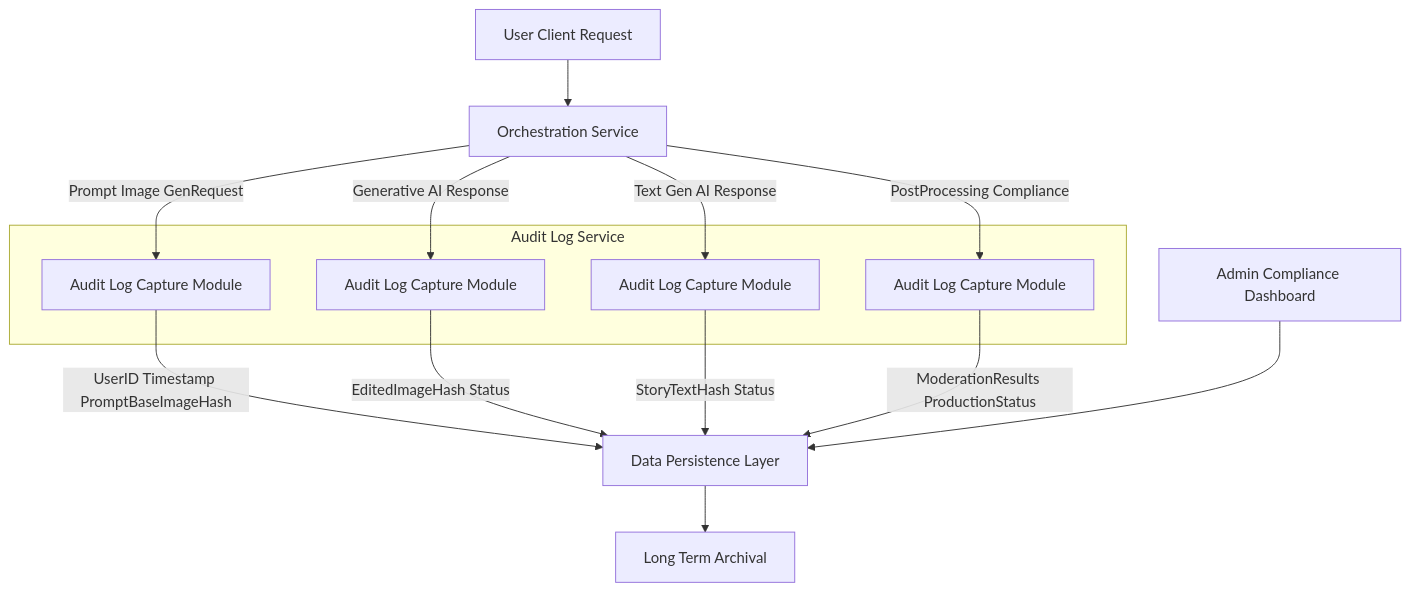
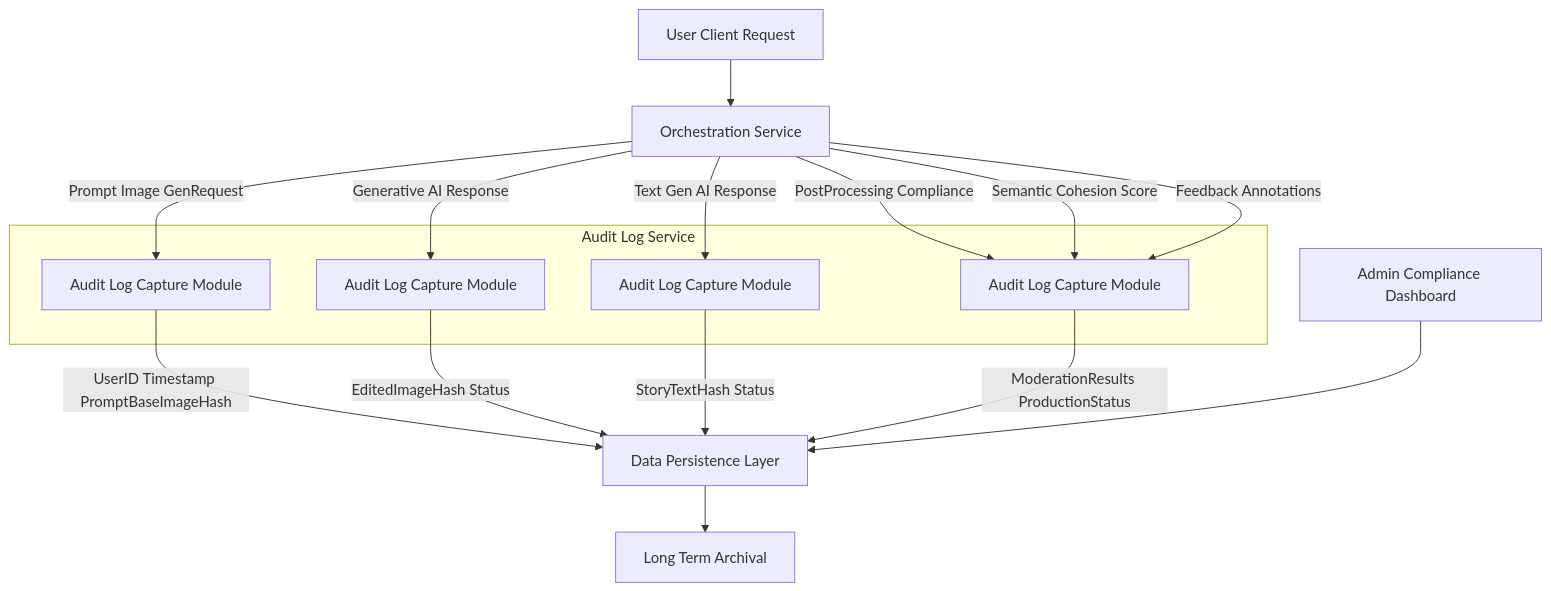
One commit to diplomat-bit/Citibank_Demo_Business_Inc_Demonstration- changed the ninth of 14 diagrams in inventions/003_narrative_generative_image_editing.md. Above: the diagram before and after it, drawn with Mermaid. The commit also changed other lines of this file, not shown here.

````diff
--- a/inventions/003_narrative_generative_image_editing.md
+++ b/inventions/003_narrative_generative_image_editing.md
@@ -230,20 +243,22 @@
 ```mermaid
 graph TD
     A[User Client Request] --> B[Orchestration Service]
     B -- Prompt Image GenRequest --> C[Audit Log Capture Module]
     C -- UserID Timestamp PromptBaseImageHash --> D[Data Persistence Layer]
     B -- Generative AI Response --> E[Audit Log Capture Module]
     E -- EditedImageHash Status --> D
     B -- Text Gen AI Response --> F[Audit Log Capture Module]
     F -- StoryTextHash Status --> D
     B -- PostProcessing Compliance --> G[Audit Log Capture Module]
     G -- ModerationResults ProductionStatus --> D
+    B -- Semantic Cohesion Score --> G
+    B -- Feedback Annotations --> G
     H[Admin Compliance Dashboard] --> D
     D --> I[Long Term Archival]
     subgraph Audit Log Service
         C
         E
         F
         G
     end
 ```
````
